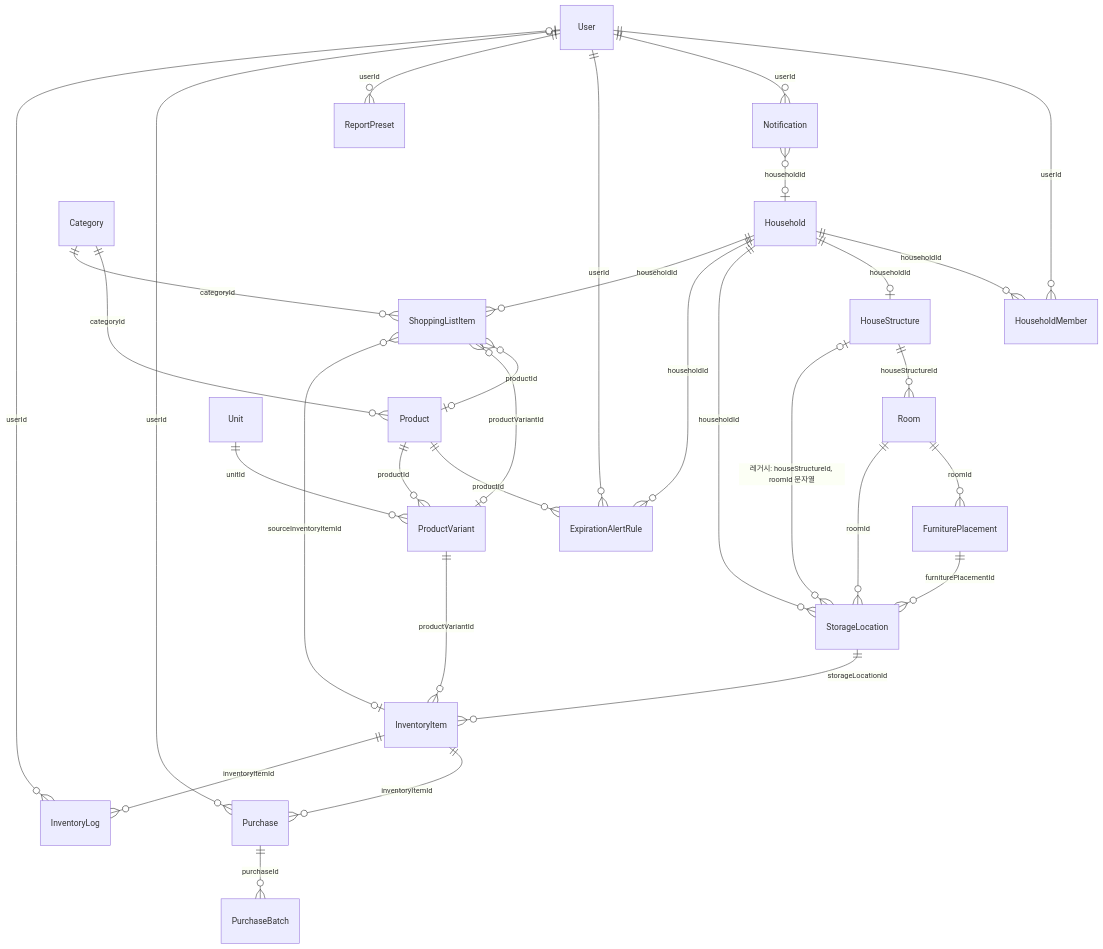
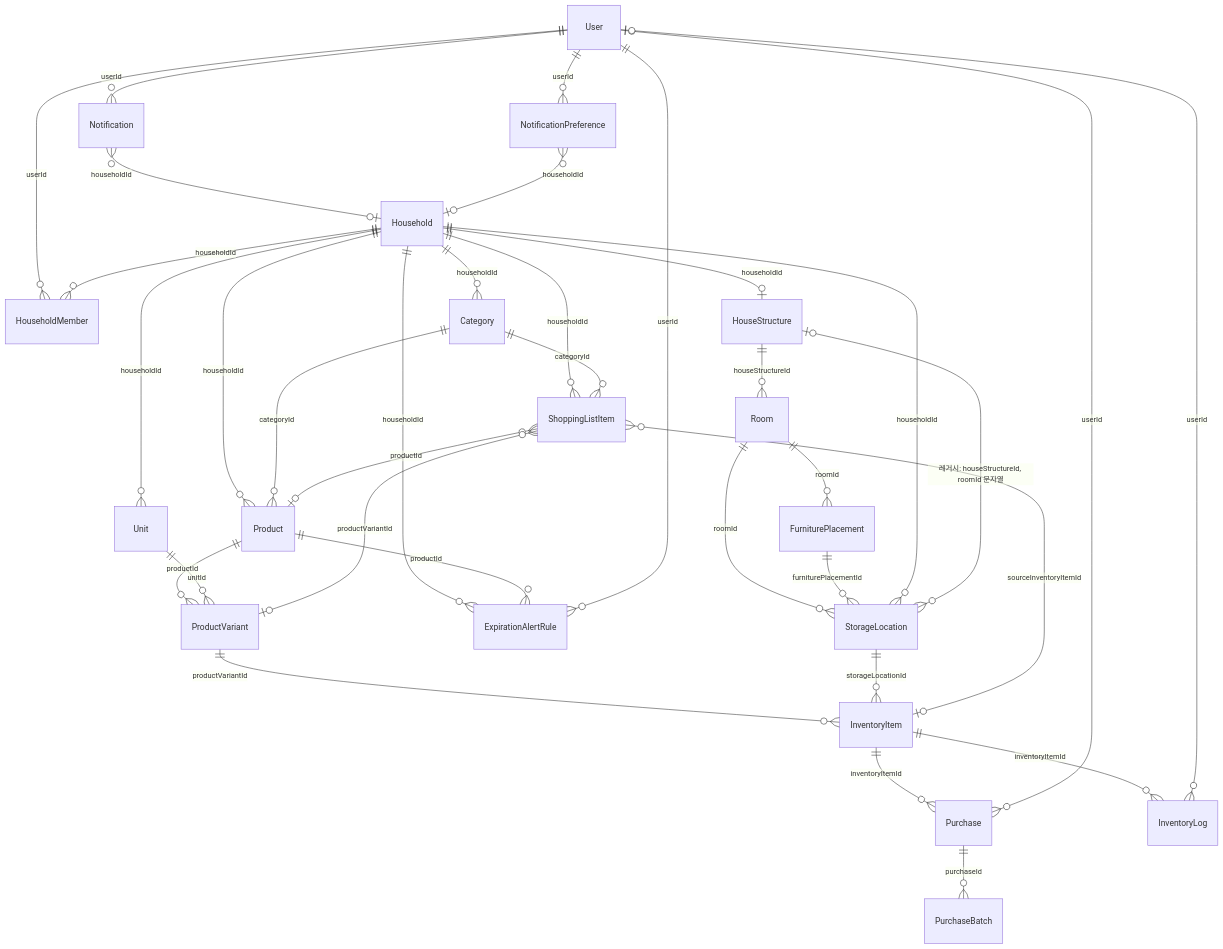
One commit to wukdddang/home-inventory-manager changed the first of 7 diagrams in docs/v2/entity-logical-design.md. Above: the diagram before and after it, drawn with Mermaid. The commit also changed other lines of this file and 7 other files, not shown here.

First line of the commit message:
feat: 카탈로그 Household-scoped 및 NotificationPreference 테이블 추가

````diff
--- a/docs/v2/entity-logical-design.md
+++ b/docs/v2/entity-logical-design.md
@@ -23,41 +29,45 @@
 ```mermaid
 erDiagram
     User ||--o{ HouseholdMember : "userId"
     Household ||--o{ HouseholdMember : "householdId"
 
+    Household ||--o{ Category : "householdId"
+    Household ||--o{ Unit : "householdId"
+    Household ||--o{ Product : "householdId"
     Category ||--o{ Product : "categoryId"
 
     Household ||--o| HouseStructure : "householdId"
     HouseStructure ||--o{ Room : "houseStructureId"
     Room ||--o{ FurniturePlacement : "roomId"
     Room ||--o{ StorageLocation : "roomId"
     FurniturePlacement ||--o{ StorageLocation : "furniturePlacementId"
     Household ||--o{ StorageLocation : "householdId"
     StorageLocation }o--o| HouseStructure : "레거시: houseStructureId, roomId 문자열"
     Household ||--o{ ExpirationAlertRule : "householdId"
     Product ||--o{ ExpirationAlertRule : "productId"
 
     Product ||--o{ ProductVariant : "productId"
     Unit ||--o{ ProductVariant : "unitId"
 
     ProductVariant ||--o{ InventoryItem : "productVariantId"
     StorageLocation ||--o{ InventoryItem : "storageLocationId"
 
     InventoryItem ||--o{ Purchase : "inventoryItemId"
     Purchase ||--o{ PurchaseBatch : "purchaseId"
     InventoryItem ||--o{ InventoryLog : "inventoryItemId"
 
     Purchase }o--o| User : "userId"
     InventoryLog }o--o| User : "userId"
 
     Household ||--o{ ShoppingListItem : "householdId"
     Category ||--o{ ShoppingListItem : "categoryId"
     ShoppingListItem }o--o| Product : "productId"
     ShoppingListItem }o--o| ProductVariant : "productVariantId"
     ShoppingListItem }o--o| InventoryItem : "sourceInventoryItemId"
 
     User ||--o{ Notification : "userId"
     Notification }o--o| Household : "householdId"
+    User ||--o{ NotificationPreference : "userId"
+    NotificationPreference }o--o| Household : "householdId"
     User ||--o{ ExpirationAlertRule : "userId"
-    User ||--o{ ReportPreset : "userId"
 ```
````
